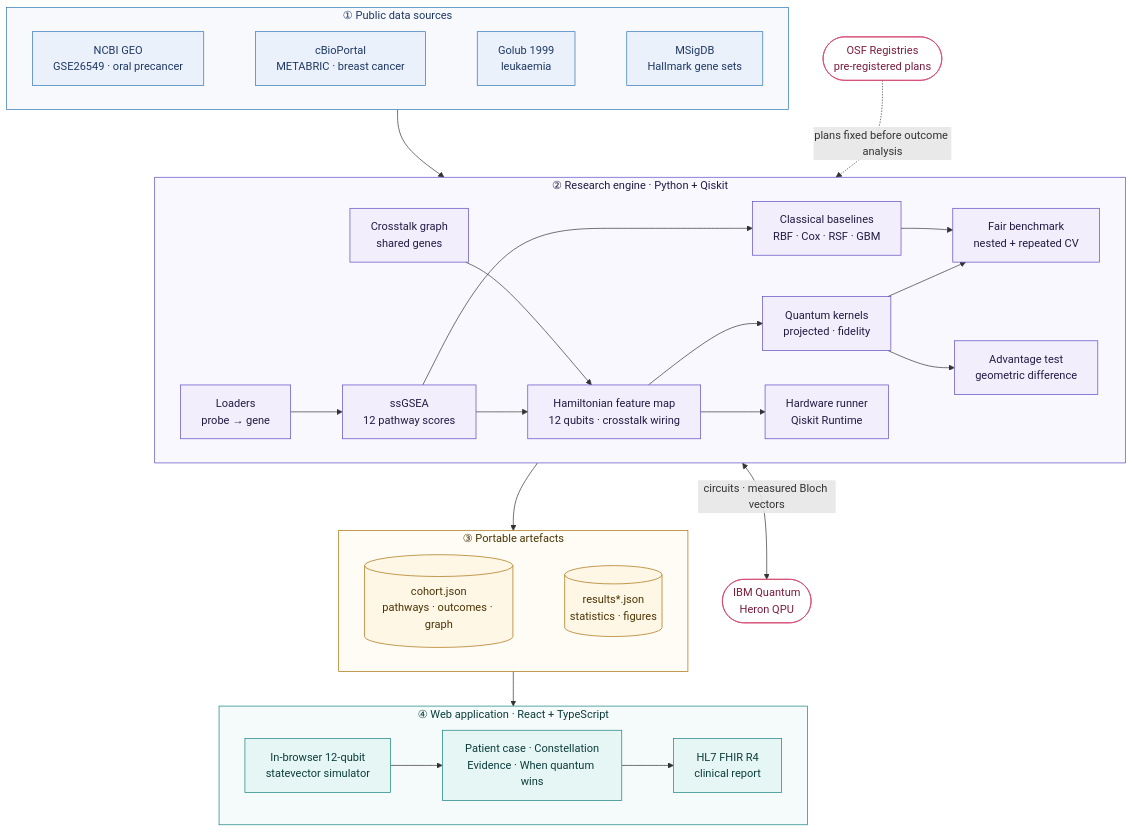
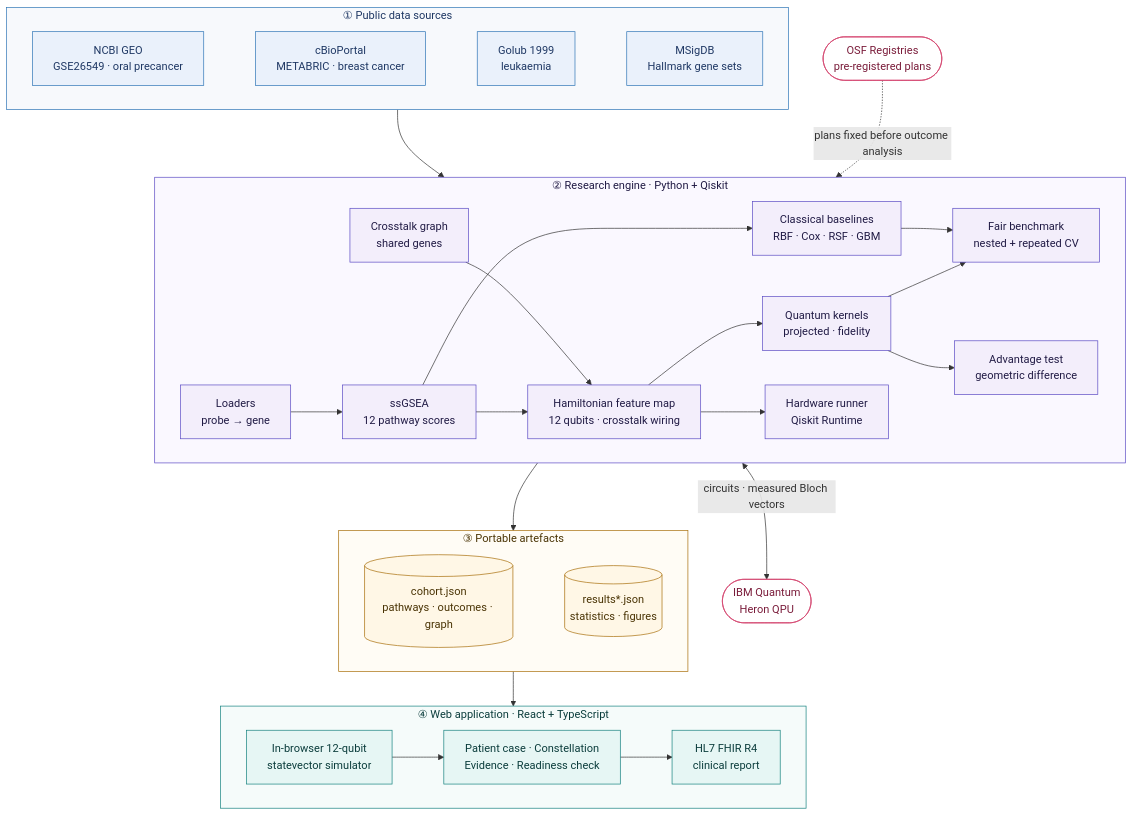
Before and after one commit to VijayaY836/Sanket: the first of 2 diagrams in README.md, drawn with Mermaid. The commit also changed other lines of this file and 24 other files, not shown here.

````diff
--- a/README.md
+++ b/README.md
@@ -80,61 +78,61 @@
 ```mermaid
 flowchart TB
     subgraph SRC["① Public data sources"]
         direction LR
         GEO["NCBI GEO<br/>GSE26549 · oral precancer"]
         CBP["cBioPortal<br/>METABRIC · breast cancer"]
         GOL["Golub 1999<br/>leukaemia"]
         MSIG["MSigDB<br/>Hallmark gene sets"]
         GEO ~~~ CBP ~~~ GOL ~~~ MSIG
     end
 
     subgraph ENG["② Research engine · Python + Qiskit"]
         direction LR
         LOAD["Loaders<br/>probe → gene"] --> SSG["ssGSEA<br/>12 pathway scores"]
         SSG --> FM["Hamiltonian feature map<br/>12 qubits · crosstalk wiring"]
         XT["Crosstalk graph<br/>shared genes"] --> FM
         FM --> KER["Quantum kernels<br/>projected · fidelity"]
         SSG --> CLS["Classical baselines<br/>RBF · Cox · RSF · GBM"]
         KER --> BEN["Fair benchmark<br/>nested + repeated CV"]
         CLS --> BEN
         KER --> ADV["Advantage test<br/>geometric difference"]
         FM --> HW["Hardware runner<br/>Qiskit Runtime"]
     end
 
     subgraph OUT["③ Portable artefacts"]
         direction LR
         COH[("cohort.json<br/>pathways · outcomes · graph")]
         RES[("results*.json<br/>statistics · figures")]
         COH ~~~ RES
     end
 
     subgraph APP["④ Web application · React + TypeScript"]
         direction LR
-        SIM["In-browser 12-qubit<br/>statevector simulator"] --> VIEWS["Patient case · Constellation<br/>Evidence · When quantum wins"]
+        SIM["In-browser 12-qubit<br/>statevector simulator"] --> VIEWS["Patient case · Constellation<br/>Evidence · Readiness check"]
         VIEWS --> FHIR["HL7 FHIR R4<br/>clinical report"]
     end
 
     IBM(["IBM Quantum<br/>Heron QPU"])
     OSF(["OSF Registries<br/>pre-registered plans"])
 
     SRC --> ENG
     ENG --> OUT
     OUT --> APP
     ENG <-- "circuits · measured Bloch vectors" --> IBM
     OSF -. "plans fixed before outcome analysis" .-> ENG
 
     classDef src fill:#eaf1fb,stroke:#2e75b6,color:#1f3864
     classDef eng fill:#f3eefb,stroke:#5b4bc4,color:#211b45
     classDef out fill:#fff7e6,stroke:#a86e0a,color:#4a3405
     classDef app fill:#e6f6f4,stroke:#13807e,color:#0b3d3c
     classDef ext fill:#ffffff,stroke:#d4436e,color:#7a1c3a
     class GEO,CBP,GOL,MSIG src
     class LOAD,SSG,XT,FM,KER,CLS,BEN,ADV,HW eng
     class COH,RES out
     class SIM,VIEWS,FHIR app
     class IBM,OSF ext
     style SRC fill:#f7f9fc,stroke:#2e75b6,stroke-width:1px,color:#1f3864
     style ENG fill:#faf8ff,stroke:#5b4bc4,stroke-width:1px,color:#211b45
     style OUT fill:#fffcf5,stroke:#a86e0a,stroke-width:1px,color:#4a3405
     style APP fill:#f5fbfa,stroke:#13807e,stroke-width:1px,color:#0b3d3c
 ```
````
